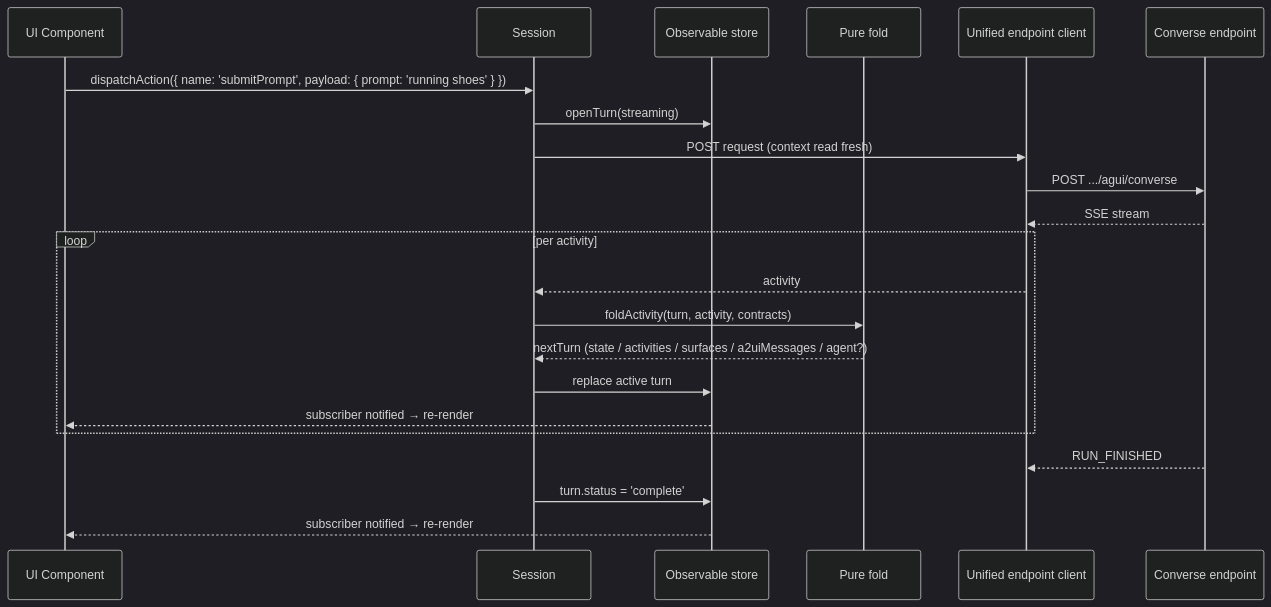
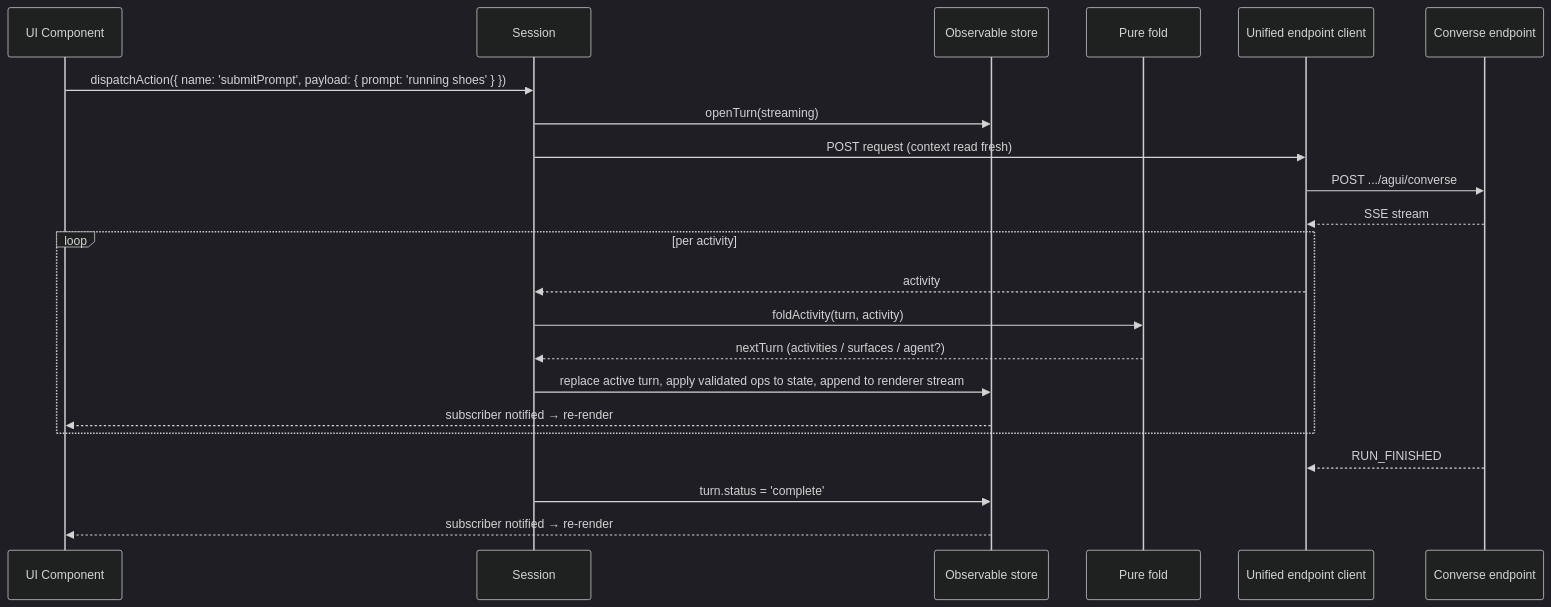
Before and after one commit to coveo/ui-kit: the second of 2 diagrams in packages/thermidor/docs/architecture.md, drawn with Mermaid (dark theme). The commit also changed other lines of this file and 50 other files, not shown here.

````diff
--- a/packages/thermidor/docs/architecture.md
+++ b/packages/thermidor/docs/architecture.md
@@ -197,25 +201,25 @@
 ```mermaid
 sequenceDiagram
     participant UI as UI Component
     participant S as Session
     participant Store as Observable store
     participant Fold as Pure fold
     participant API as Unified endpoint client
     participant Coveo as Converse endpoint
 
     UI->>S: dispatchAction({ name: 'submitPrompt', payload: { prompt: 'running shoes' } })
     S->>Store: openTurn(streaming)
     S->>API: POST request (context read fresh)
     API->>Coveo: POST .../agui/converse
     Coveo-->>API: SSE stream
     loop per activity
         API-->>S: activity
-        S->>Fold: foldActivity(turn, activity, contracts)
-        Fold-->>S: nextTurn (state / activities / surfaces / a2uiMessages / agent?)
-        S->>Store: replace active turn
+        S->>Fold: foldActivity(turn, activity)
+        Fold-->>S: nextTurn (activities / surfaces / agent?)
+        S->>Store: replace active turn, apply validated ops to state, append to renderer stream
         Store-->>UI: subscriber notified → re-render
     end
     Coveo-->>API: RUN_FINISHED
     S->>Store: turn.status = 'complete'
     Store-->>UI: subscriber notified → re-render
 ```
````
